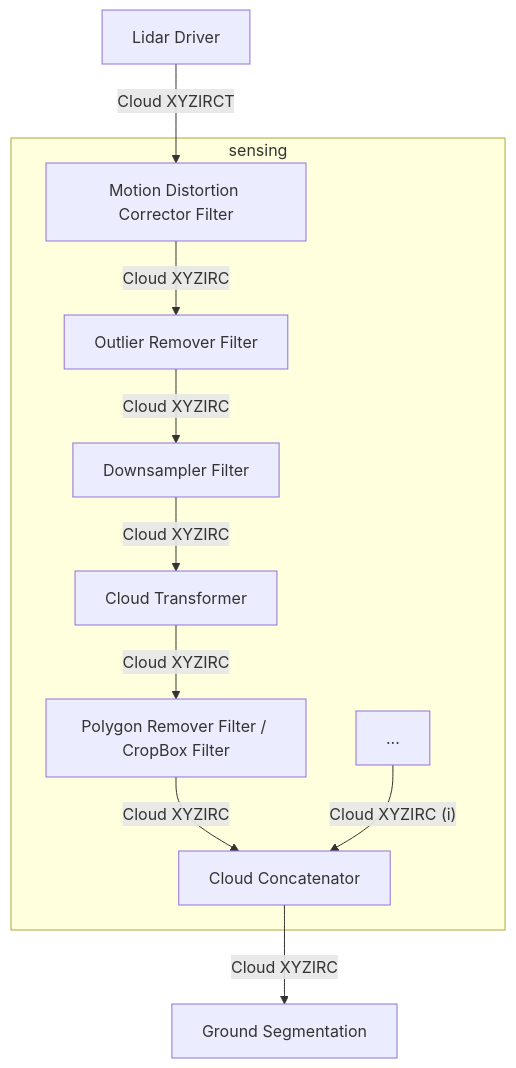
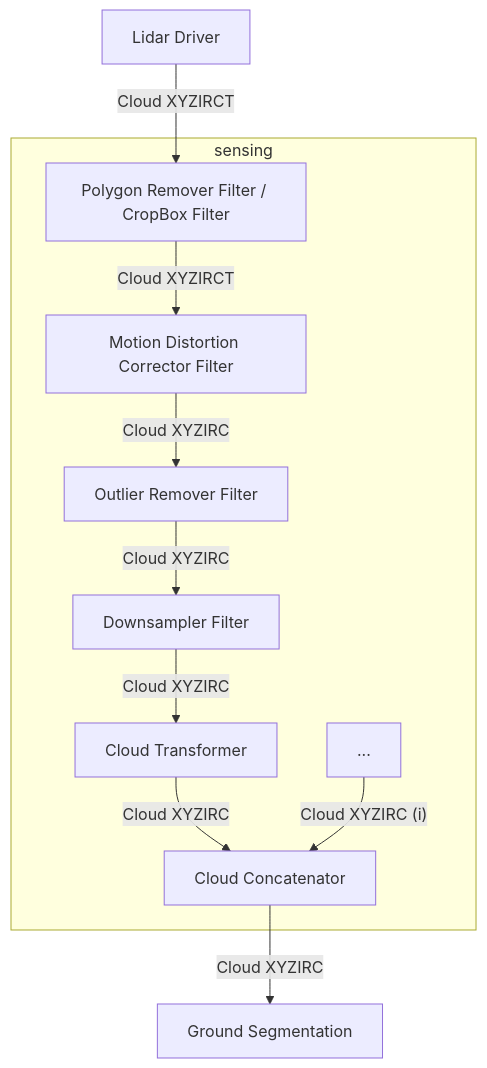
The diagram in docs/design/autoware-architecture/sensing/data-types/point-cloud.md (Narendarselva/autoware-docs), drawn with Mermaid before and after one commit. The commit also changed 1 other file, not shown here.

Commit message:
apply suggestions

````diff
--- a/docs/design/autoware-architecture/sensing/data-types/point-cloud.md
+++ b/docs/design/autoware-architecture/sensing/data-types/point-cloud.md
@@ -11,16 +11,16 @@
 ```mermaid
 graph TD
-    Driver["Lidar Driver"] -->|"Cloud XYZIRCT"| FilterDC["Motion Distortion Corrector Filter"]
+    Driver["Lidar Driver"] -->|"Cloud XYZIRCT"| FilterPR["Polygon Remover Filter / CropBox Filter"]
 
     subgraph "sensing"
+    FilterPR -->|"Cloud XYZIRCT"| FilterDC["Motion Distortion Corrector Filter"]
     FilterDC -->|"Cloud XYZIRC"| FilterOF["Outlier Remover Filter"]
     FilterOF -->|"Cloud XYZIRC"| FilterDS["Downsampler Filter"]
     FilterDS -->|"Cloud XYZIRC"| FilterTrans["Cloud Transformer"]
-    FilterTrans -->|"Cloud XYZIRC"| FilterPR["Polygon Remover Filter / CropBox Filter"]
+    FilterTrans -->|"Cloud XYZIRC"| FilterC
 
-    FilterPR -->|"Cloud XYZIRC"| FilterC["Cloud Concatenator"]
-    FilterX["..."] -->|"Cloud XYZIRC (i)"| FilterC
+    FilterX["..."] -->|"Cloud XYZIRC (i)"| FilterC["Cloud Concatenator"]
     end
 
     FilterC -->|"Cloud XYZIRC"| SegGr["Ground Segmentation"]
 ```
````
